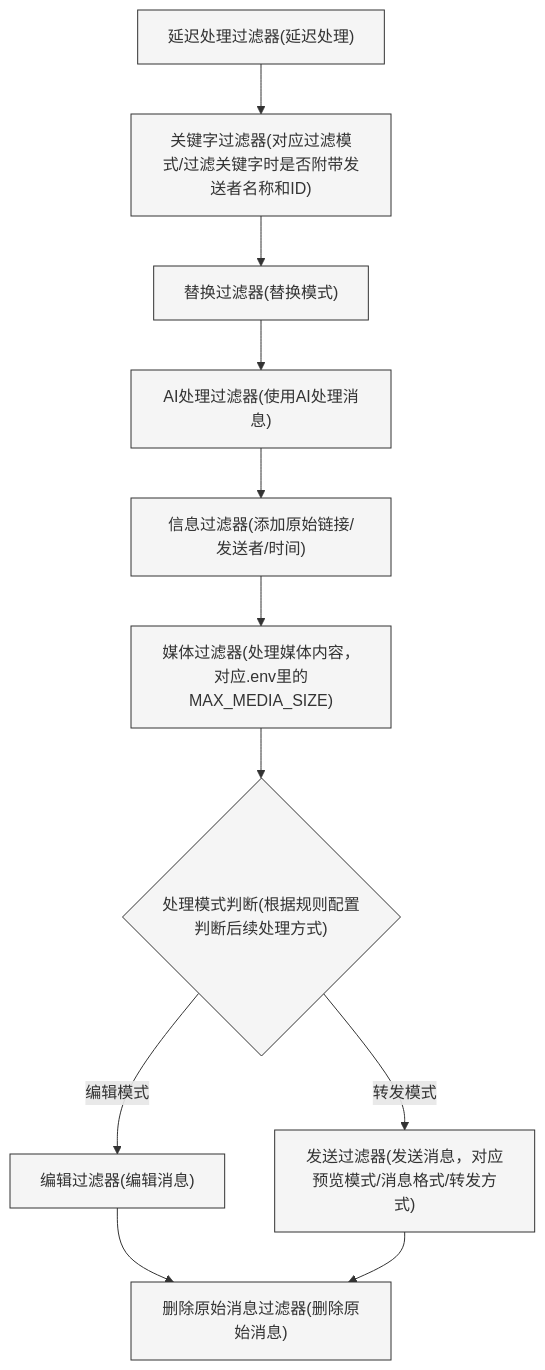
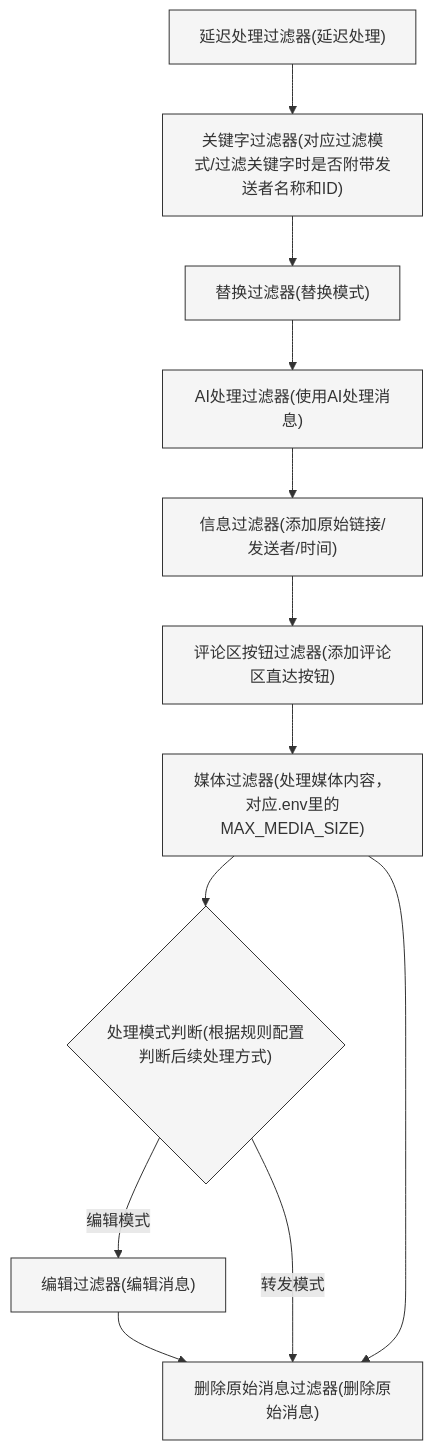
One commit to zhangnoter/TG changed the diagram in README.md. Above: the diagram before and after it, drawn with Mermaid. The commit also changed other lines of this file, not shown here.

````diff
--- a/README.md
+++ b/README.md
@@ -271,18 +271,19 @@
 ```mermaid
 flowchart TD
     A["延迟处理过滤器(延迟处理)"] --> B["关键字过滤器(对应过滤模式/过滤关键字时是否附带发送者名称和ID)"]
     B --> C["替换过滤器(替换模式)"]
     C --> D["AI处理过滤器(使用AI处理消息)"]
     D --> E["信息过滤器(添加原始链接/发送者/时间)"]
-    E --> F["媒体过滤器(处理媒体内容，对应.env里的MAX_MEDIA_SIZE)"]
-    F --> J{"处理模式判断(根据规则配置判断后续处理方式)"}
-    J -->|编辑模式| G["编辑过滤器(编辑消息)"]
-    J -->|转发模式| H["发送过滤器(发送消息，对应预览模式/消息格式/转发方式)"]
+    E --> F["评论区按钮过滤器(添加评论区直达按钮)"]
+    F --> G["媒体过滤器(处理媒体内容，对应.env里的MAX_MEDIA_SIZE)"]
+    G --> J{"处理模式判断(根据规则配置判断后续处理方式)"}
+    J -->|编辑模式| H["编辑过滤器(编辑消息)"]
+    J -->|转发模式| I["发送过滤器(发送消息，对应预览模式/消息格式/转发方式)"]
     G --> I["删除原始消息过滤器(删除原始消息)"]
     H --> I
 
     classDef filter fill:#f5f5f5,stroke:#333,stroke-width:1px;
-    class A,B,C,D,E,F,G,H,I filter;
+    class A,B,C,D,E,F,G,H,I,J filter;
     classDef decision fill:#f5f5f5,stroke:#333,stroke-width:1px;
     class J decision;
 ```
````
